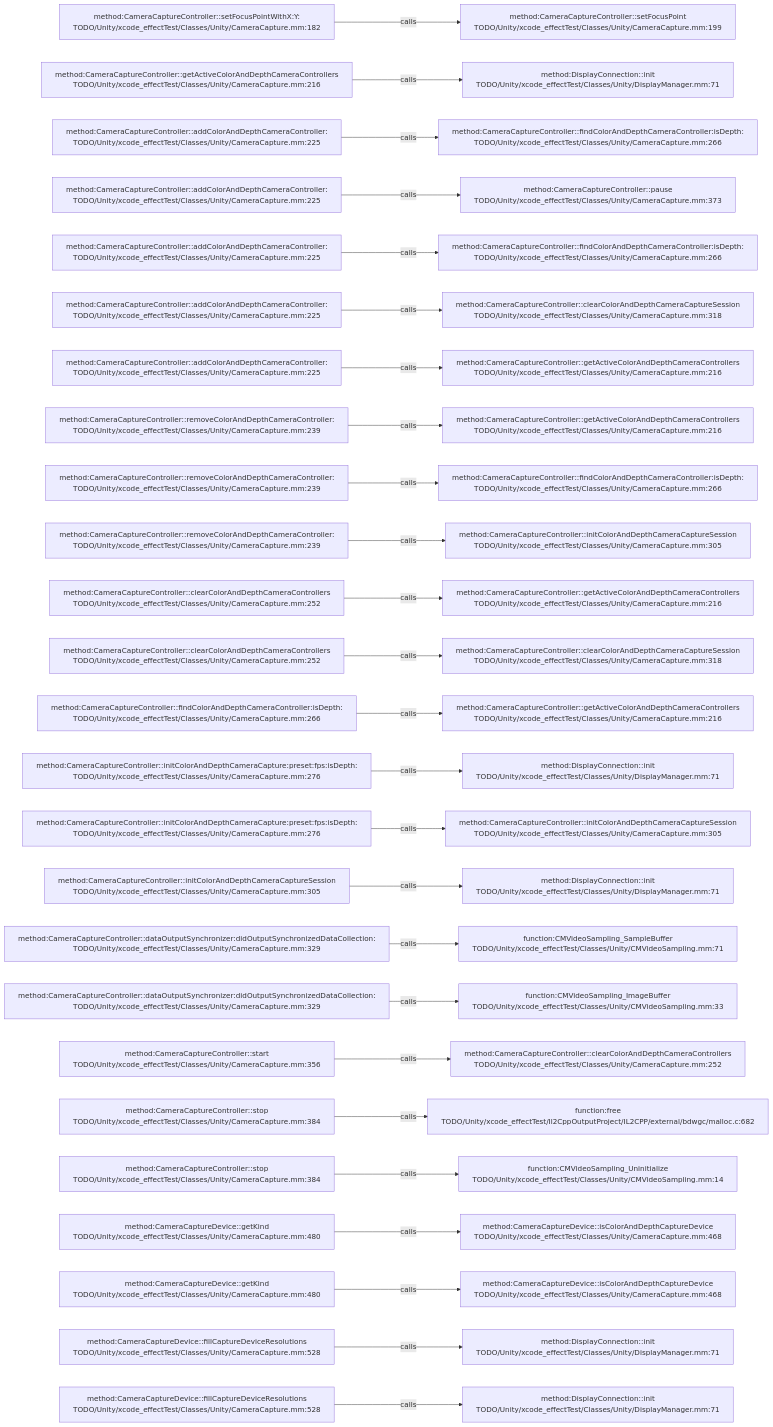
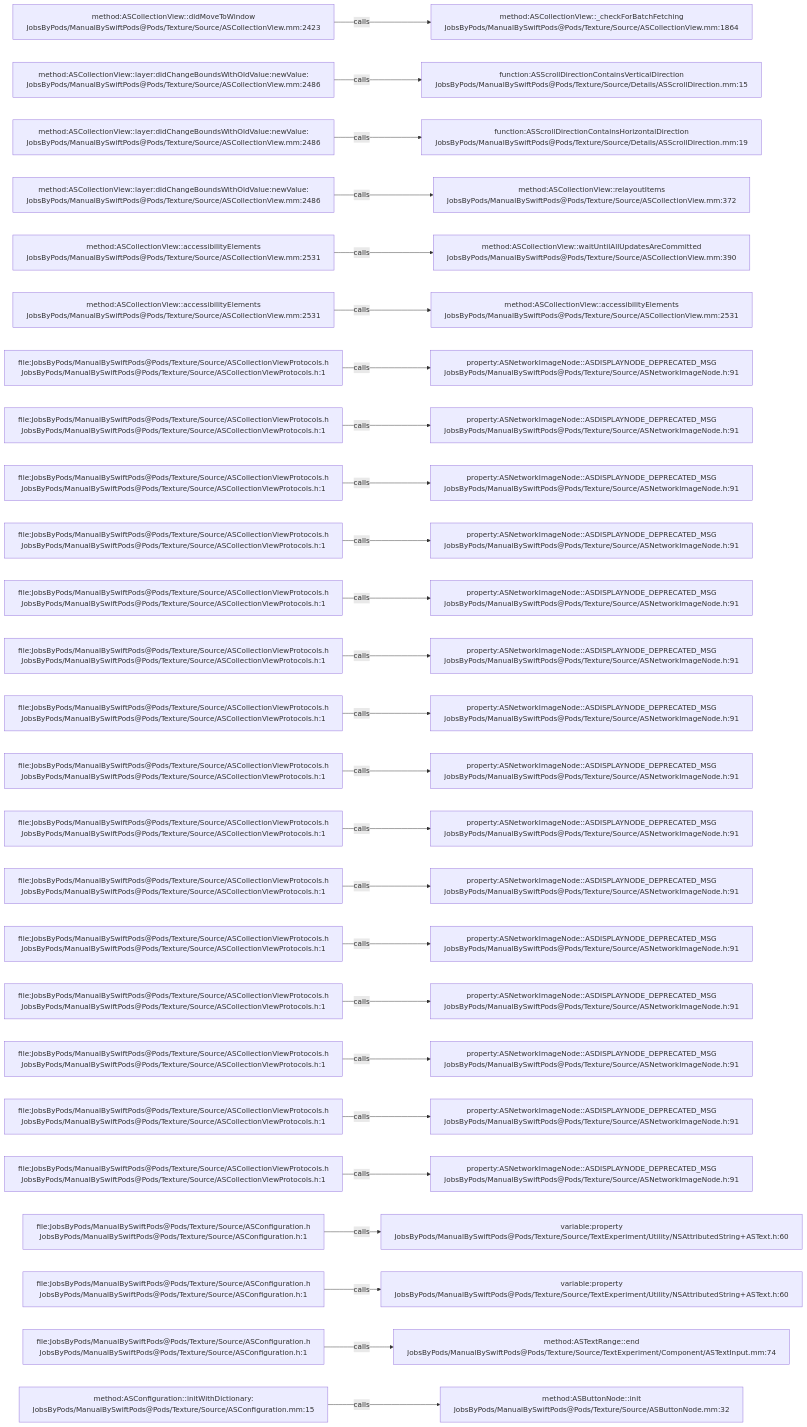
One commit to JobsKits/JobsSwiftBaseConfigDemo changed the diagram in .codegraph/codegraph.md/graphs/calls-034.md. Above: the diagram before and after it, drawn with Mermaid. The commit also changed 2959 other files, not shown here.

````diff
--- a/.codegraph/codegraph.md/graphs/calls-034.md
+++ b/.codegraph/codegraph.md/graphs/calls-034.md
@@ -13,78 +13,78 @@
 ```mermaid
 flowchart LR
-  S1["method:CameraCaptureController::setFocusPointWithX:Y:<br/>TODO/Unity/xcode_effectTest/Classes/Unity/CameraCapture.mm:182"]
-  T1["method:CameraCaptureController::setFocusPoint<br/>TODO/Unity/xcode_effectTest/Classes/Unity/CameraCapture.mm:199"]
+  S1["method:ASCollectionView::didMoveToWindow<br/>JobsByPods/ManualBySwiftPods@Pods/Texture/Source/ASCollectionView.mm:2423"]
+  T1["method:ASCollectionView::_checkForBatchFetching<br/>JobsByPods/ManualBySwiftPods@Pods/Texture/Source/ASCollectionView.mm:1864"]
   S1 -->|calls| T1
-  S2["method:CameraCaptureController::getActiveColorAndDepthCameraControllers<br/>TODO/Unity/xcode_effectTest/Classes/Unity/CameraCapture.mm:216"]
-  T2["method:DisplayConnection::init<br/>TODO/Unity/xcode_effectTest/Classes/Unity/DisplayManager.mm:71"]
+  S2["method:ASCollectionView::layer:didChangeBoundsWithOldValue:newValue:<br/>JobsByPods/ManualBySwiftPods@Pods/Texture/Source/ASCollectionView.mm:2486"]
+  T2["function:ASScrollDirectionContainsVerticalDirection<br/>JobsByPods/ManualBySwiftPods@Pods/Texture/Source/Details/ASScrollDirection.mm:15"]
   S2 -->|calls| T2
-  S3["method:CameraCaptureController::addColorAndDepthCameraController:<br/>TODO/Unity/xcode_effectTest/Classes/Unity/CameraCapture.mm:225"]
-  T3["method:CameraCaptureController::findColorAndDepthCameraController:isDepth:<br/>TODO/Unity/xcode_effectTest/Classes/Unity/CameraCapture.mm:266"]
+  S3["method:ASCollectionView::layer:didChangeBoundsWithOldValue:newValue:<br/>JobsByPods/ManualBySwiftPods@Pods/Texture/Source/ASCollectionView.mm:2486"]
+  T3["function:ASScrollDirectionContainsHorizontalDirection<br/>JobsByPods/ManualBySwiftPods@Pods/Texture/Source/Details/ASScrollDirection.mm:19"]
   S3 -->|calls| T3
-  S4["method:CameraCaptureController::addColorAndDepthCameraController:<br/>TODO/Unity/xcode_effectTest/Classes/Unity/CameraCapture.mm:225"]
-  T4["method:CameraCaptureController::pause<br/>TODO/Unity/xcode_effectTest/Classes/Unity/CameraCapture.mm:373"]
+  S4["method:ASCollectionView::layer:didChangeBoundsWithOldValue:newValue:<br/>JobsByPods/ManualBySwiftPods@Pods/Texture/Source/ASCollectionView.mm:2486"]
+  T4["method:ASCollectionView::relayoutItems<br/>JobsByPods/ManualBySwiftPods@Pods/Texture/Source/ASCollectionView.mm:372"]
   S4 -->|calls| T4
-  S5["method:CameraCaptureController::addColorAndDepthCameraController:<br/>TODO/Unity/xcode_effectTest/Classes/Unity/CameraCapture.mm:225"]
-  T5["method:CameraCaptureController::findColorAndDepthCameraController:isDepth:<br/>TODO/Unity/xcode_effectTest/Classes/Unity/CameraCapture.mm:266"]
+  S5["method:ASCollectionView::accessibilityElements<br/>JobsByPods/ManualBySwiftPods@Pods/Texture/Source/ASCollectionView.mm:2531"]
+  T5["method:ASCollectionView::waitUntilAllUpdatesAreCommitted<br/>JobsByPods/ManualBySwiftPods@Pods/Texture/Source/ASCollectionView.mm:390"]
   S5 -->|calls| T5
-  S6["method:CameraCaptureController::addColorAndDepthCameraController:<br/>TODO/Unity/xcode_effectTest/Classes/Unity/CameraCapture.mm:225"]
-  T6["method:CameraCaptureController::clearColorAndDepthCameraCaptureSession<br/>TODO/Unity/xcode_effectTest/Classes/Unity/CameraCapture.mm:318"]
+  S6["method:ASCollectionView::accessibilityElements<br/>JobsByPods/ManualBySwiftPods@Pods/Texture/Source/ASCollectionView.mm:2531"]
+  T6["method:ASCollectionView::accessibilityElements<br/>JobsByPods/ManualBySwiftPods@Pods/Texture/Source/ASCollectionView.mm:2531"]
   S6 -->|calls| T6
-  S7["method:CameraCaptureController::addColorAndDepthCameraController:<br/>TODO/Unity/xcode_effectTest/Classes/Unity/CameraCapture.mm:225"]
-  T7["method:CameraCaptureController::getActiveColorAndDepthCameraControllers<br/>TODO/Unity/xcode_effectTest/Classes/Unity/CameraCapture.mm:216"]
+  S7["file:JobsByPods/ManualBySwiftPods@Pods/Texture/Source/ASCollectionViewProtocols.h<br/>JobsByPods/ManualBySwiftPods@Pods/Texture/Source/ASCollectionViewProtocols.h:1"]
+  T7["property:ASNetworkImageNode::ASDISPLAYNODE_DEPRECATED_MSG<br/>JobsByPods/ManualBySwiftPods@Pods/Texture/Source/ASNetworkImageNode.h:91"]
   S7 -->|calls| T7
-  S8["method:CameraCaptureController::removeColorAndDepthCameraController:<br/>TODO/Unity/xcode_effectTest/Classes/Unity/CameraCapture.mm:239"]
-  T8["method:CameraCaptureController::getActiveColorAndDepthCameraControllers<br/>TODO/Unity/xcode_effectTest/Classes/Unity/CameraCapture.mm:216"]
+  S8["file:JobsByPods/ManualBySwiftPods@Pods/Texture/Source/ASCollectionViewProtocols.h<br/>JobsByPods/ManualBySwiftPods@Pods/Texture/Source/ASCollectionViewProtocols.h:1"]
+  T8["property:ASNetworkImageNode::ASDISPLAYNODE_DEPRECATED_MSG<br/>JobsByPods/ManualBySwiftPods@Pods/Texture/Source/ASNetworkImageNode.h:91"]
   S8 -->|calls| T8
-  S9["method:CameraCaptureController::removeColorAndDepthCameraController:<br/>TODO/Unity/xcode_effectTest/Classes/Unity/CameraCapture.mm:239"]
-  T9["method:CameraCaptureController::findColorAndDepthCameraController:isDepth:<br/>TODO/Unity/xcode_effectTest/Classes/Unity/CameraCapture.mm:266"]
+  S9["file:JobsByPods/ManualBySwiftPods@Pods/Texture/Source/ASCollectionViewProtocols.h<br/>JobsByPods/ManualBySwiftPods@Pods/Texture/Source/ASCollectionViewProtocols.h:1"]
+  T9["property:ASNetworkImageNode::ASDISPLAYNODE_DEPRECATED_MSG<br/>JobsByPods/ManualBySwiftPods@Pods/Texture/Source/ASNetworkImageNode.h:91"]
   S9 -->|calls| T9
-  S10["method:CameraCaptureController::removeColorAndDepthCameraController:<br/>TODO/Unity/xcode_effectTest/Classes/Unity/CameraCapture.mm:239"]
-  T10["method:CameraCaptureController::initColorAndDepthCameraCaptureSession<br/>TODO/Unity/xcode_effectTest/Classes/Unity/CameraCapture.mm:305"]
+  S10["file:JobsByPods/ManualBySwiftPods@Pods/Texture/Source/ASCollectionViewProtocols.h<br/>JobsByPods/ManualBySwiftPods@Pods/Texture/Source/ASCollectionViewProtocols.h:1"]
+  T10["property:ASNetworkImageNode::ASDISPLAYNODE_DEPRECATED_MSG<br/>JobsByPods/ManualBySwiftPods@Pods/Texture/Source/ASNetworkImageNode.h:91"]
   S10 -->|calls| T10
-  S11["method:CameraCaptureController::clearColorAndDepthCameraControllers<br/>TODO/Unity/xcode_effectTest/Classes/Unity/CameraCapture.mm:252"]
-  T11["method:CameraCaptureController::getActiveColorAndDepthCameraControllers<br/>TODO/Unity/xcode_effectTest/Classes/Unity/CameraCapture.mm:216"]
+  S11["file:JobsByPods/ManualBySwiftPods@Pods/Texture/Source/ASCollectionViewProtocols.h<br/>JobsByPods/ManualBySwiftPods@Pods/Texture/Source/ASCollectionViewProtocols.h:1"]
+  T11["property:ASNetworkImageNode::ASDISPLAYNODE_DEPRECATED_MSG<br/>JobsByPods/ManualBySwiftPods@Pods/Texture/Source/ASNetworkImageNode.h:91"]
   S11 -->|calls| T11
-  S12["method:CameraCaptureController::clearColorAndDepthCameraControllers<br/>TODO/Unity/xcode_effectTest/Classes/Unity/CameraCapture.mm:252"]
-  T12["method:CameraCaptureController::clearColorAndDepthCameraCaptureSession<br/>TODO/Unity/xcode_effectTest/Classes/Unity/CameraCapture.mm:318"]
+  S12["file:JobsByPods/ManualBySwiftPods@Pods/Texture/Source/ASCollectionViewProtocols.h<br/>JobsByPods/ManualBySwiftPods@Pods/Texture/Source/ASCollectionViewProtocols.h:1"]
+  T12["property:ASNetworkImageNode::ASDISPLAYNODE_DEPRECATED_MSG<br/>JobsByPods/ManualBySwiftPods@Pods/Texture/Source/ASNetworkImageNode.h:91"]
   S12 -->|calls| T12
-  S13["method:CameraCaptureController::findColorAndDepthCameraController:isDepth:<br/>TODO/Unity/xcode_effectTest/Classes/Unity/CameraCapture.mm:266"]
-  T13["method:CameraCaptureController::getActiveColorAndDepthCameraControllers<br/>TODO/Unity/xcode_effectTest/Classes/Unity/CameraCapture.mm:216"]
+  S13["file:JobsByPods/ManualBySwiftPods@Pods/Texture/Source/ASCollectionViewProtocols.h<br/>JobsByPods/ManualBySwiftPods@Pods/Texture/Source/ASCollectionViewProtocols.h:1"]
+  T13["property:ASNetworkImageNode::ASDISPLAYNODE_DEPRECATED_MSG<br/>JobsByPods/ManualBySwiftPods@Pods/Texture/Source/ASNetworkImageNode.h:91"]
   S13 -->|calls| T13
-  S14["method:CameraCaptureController::initColorAndDepthCameraCapture:preset:fps:isDepth:<br/>TODO/Unity/xcode_effectTest/Classes/Unity/CameraCapture.mm:276"]
-  T14["method:DisplayConnection::init<br/>TODO/Unity/xcode_effectTest/Classes/Unity/DisplayManager.mm:71"]
+  S14["file:JobsByPods/ManualBySwiftPods@Pods/Texture/Source/ASCollectionViewProtocols.h<br/>JobsByPods/ManualBySwiftPods@Pods/Texture/Source/ASCollectionViewProtocols.h:1"]
+  T14["property:ASNetworkImageNode::ASDISPLAYNODE_DEPRECATED_MSG<br/>JobsByPods/ManualBySwiftPods@Pods/Texture/Source/ASNetworkImageNode.h:91"]
   S14 -->|calls| T14
-  S15["method:CameraCaptureController::initColorAndDepthCameraCapture:preset:fps:isDepth:<br/>TODO/Unity/xcode_effectTest/Classes/Unity/CameraCapture.mm:276"]
-  T15["method:CameraCaptureController::initColorAndDepthCameraCaptureSession<br/>TODO/Unity/xcode_effectTest/Classes/Unity/CameraCapture.mm:305"]
+  S15["file:JobsByPods/ManualBySwiftPods@Pods/Texture/Source/ASCollectionViewProtocols.h<br/>JobsByPods/ManualBySwiftPods@Pods/Texture/Source/ASCollectionViewProtocols.h:1"]
+  T15["property:ASNetworkImageNode::ASDISPLAYNODE_DEPRECATED_MSG<br/>JobsByPods/ManualBySwiftPods@Pods/Texture/Source/ASNetworkImageNode.h:91"]
   S15 -->|calls| T15
-  S16["method:CameraCaptureController::initColorAndDepthCameraCaptureSession<br/>TODO/Unity/xcode_effectTest/Classes/Unity/CameraCapture.mm:305"]
-  T16["method:DisplayConnection::init<br/>TODO/Unity/xcode_effectTest/Classes/Unity/DisplayManager.mm:71"]
+  S16["file:JobsByPods/ManualBySwiftPods@Pods/Texture/Source/ASCollectionViewProtocols.h<br/>JobsByPods/ManualBySwiftPods@Pods/Texture/Source/ASCollectionViewProtocols.h:1"]
+  T16["property:ASNetworkImageNode::ASDISPLAYNODE_DEPRECATED_MSG<br/>JobsByPods/ManualBySwiftPods@Pods/Texture/Source/ASNetworkImageNode.h:91"]
   S16 -->|calls| T16
-  S17["method:CameraCaptureController::dataOutputSynchronizer:didOutputSynchronizedDataCollection:<br/>TODO/Unity/xcode_effectTest/Classes/Unity/CameraCapture.mm:329"]
-  T17["function:CMVideoSampling_SampleBuffer<br/>TODO/Unity/xcode_effectTest/Classes/Unity/CMVideoSampling.mm:71"]
+  S17["file:JobsByPods/ManualBySwiftPods@Pods/Texture/Source/ASCollectionViewProtocols.h<br/>JobsByPods/ManualBySwiftPods@Pods/Texture/Source/ASCollectionViewProtocols.h:1"]
+  T17["property:ASNetworkImageNode::ASDISPLAYNODE_DEPRECATED_MSG<br/>JobsByPods/ManualBySwiftPods@Pods/Texture/Source/ASNetworkImageNode.h:91"]
   S17 -->|calls| T17
-  S18["method:CameraCaptureController::dataOutputSynchronizer:didOutputSynchronizedDataCollection:<br/>TODO/Unity/xcode_effectTest/Classes/Unity/CameraCapture.mm:329"]
-  T18["function:CMVideoSampling_ImageBuffer<br/>TODO/Unity/xcode_effectTest/Classes/Unity/CMVideoSampling.mm:33"]
+  S18["file:JobsByPods/ManualBySwiftPods@Pods/Texture/Source/ASCollectionViewProtocols.h<br/>JobsByPods/ManualBySwiftPods@Pods/Texture/Source/ASCollectionViewProtocols.h:1"]
+  T18["property:ASNetworkImageNode::ASDISPLAYNODE_DEPRECATED_MSG<br/>JobsByPods/ManualBySwiftPods@Pods/Texture/Source/ASNetworkImageNode.h:91"]
   S18 -->|calls| T18
-  S19["method:CameraCaptureController::start<br/>TODO/Unity/xcode_effectTest/Classes/Unity/CameraCapture.mm:356"]
-  T19["method:CameraCaptureController::clearColorAndDepthCameraControllers<br/>TODO/Unity/xcode_effectTest/Classes/Unity/CameraCapture.mm:252"]
+  S19["file:JobsByPods/ManualBySwiftPods@Pods/Texture/Source/ASCollectionViewProtocols.h<br/>JobsByPods/ManualBySwiftPods@Pods/Texture/Source/ASCollectionViewProtocols.h:1"]
+  T19["property:ASNetworkImageNode::ASDISPLAYNODE_DEPRECATED_MSG<br/>JobsByPods/ManualBySwiftPods@Pods/Texture/Source/ASNetworkImageNode.h:91"]
   S19 -->|calls| T19
-  S20["method:CameraCaptureController::stop<br/>TODO/Unity/xcode_effectTest/Classes/Unity/CameraCapture.mm:384"]
-  T20["function:free<br/>TODO/Unity/xcode_effectTest/Il2CppOutputProject/IL2CPP/external/bdwgc/malloc.c:682"]
+  S20["file:JobsByPods/ManualBySwiftPods@Pods/Texture/Source/ASCollectionViewProtocols.h<br/>JobsByPods/ManualBySwiftPods@Pods/Texture/Source/ASCollectionViewProtocols.h:1"]
+  T20["property:ASNetworkImageNode::ASDISPLAYNODE_DEPRECATED_MSG<br/>JobsByPods/ManualBySwiftPods@Pods/Texture/Source/ASNetworkImageNode.h:91"]
   S20 -->|calls| T20
-  S21["method:CameraCaptureController::stop<br/>TODO/Unity/xcode_effectTest/Classes/Unity/CameraCapture.mm:384"]
-  T21["function:CMVideoSampling_Uninitialize<br/>TODO/Unity/xcode_effectTest/Classes/Unity/CMVideoSampling.mm:14"]
+  S21["file:JobsByPods/ManualBySwiftPods@Pods/Texture/Source/ASCollectionViewProtocols.h<br/>JobsByPods/ManualBySwiftPods@Pods/Texture/Source/ASCollectionViewProtocols.h:1"]
+  T21["property:ASNetworkImageNode::ASDISPLAYNODE_DEPRECATED_MSG<br/>JobsByPods/ManualBySwiftPods@Pods/Texture/Source/ASNetworkImageNode.h:91"]
   S21 -->|calls| T21
-  S22["method:CameraCaptureDevice::getKind<br/>TODO/Unity/xcode_effectTest/Classes/Unity/CameraCapture.mm:480"]
-  T22["method:CameraCaptureDevice::isColorAndDepthCaptureDevice<br/>TODO/Unity/xcode_effectTest/Classes/Unity/CameraCapture.mm:468"]
+  S22["file:JobsByPods/ManualBySwiftPods@Pods/Texture/Source/ASConfiguration.h<br/>JobsByPods/ManualBySwiftPods@Pods/Texture/Source/ASConfiguration.h:1"]
+  T22["variable:property<br/>JobsByPods/ManualBySwiftPods@Pods/Texture/Source/TextExperiment/Utility/NSAttributedString+ASText.h:60"]
   S22 -->|calls| T22
-  S23["method:CameraCaptureDevice::getKind<br/>TODO/Unity/xcode_effectTest/Classes/Unity/CameraCapture.mm:480"]
-  T23["method:CameraCaptureDevice::isColorAndDepthCaptureDevice<br/>TODO/Unity/xcode_effectTest/Classes/Unity/CameraCapture.mm:468"]
+  S23["file:JobsByPods/ManualBySwiftPods@Pods/Texture/Source/ASConfiguration.h<br/>JobsByPods/ManualBySwiftPods@Pods/Texture/Source/ASConfiguration.h:1"]
+  T23["variable:property<br/>JobsByPods/ManualBySwiftPods@Pods/Texture/Source/TextExperiment/Utility/NSAttributedString+ASText.h:60"]
   S23 -->|calls| T23
-  S24["method:CameraCaptureDevice::fillCaptureDeviceResolutions<br/>TODO/Unity/xcode_effectTest/Classes/Unity/CameraCapture.mm:528"]
-  T24["method:DisplayConnection::init<br/>TODO/Unity/xcode_effectTest/Classes/Unity/DisplayManager.mm:71"]
+  S24["file:JobsByPods/ManualBySwiftPods@Pods/Texture/Source/ASConfiguration.h<br/>JobsByPods/ManualBySwiftPods@Pods/Texture/Source/ASConfiguration.h:1"]
+  T24["method:ASTextRange::end<br/>JobsByPods/ManualBySwiftPods@Pods/Texture/Source/TextExperiment/Component/ASTextInput.mm:74"]
   S24 -->|calls| T24
-  S25["method:CameraCaptureDevice::fillCaptureDeviceResolutions<br/>TODO/Unity/xcode_effectTest/Classes/Unity/CameraCapture.mm:528"]
-  T25["method:DisplayConnection::init<br/>TODO/Unity/xcode_effectTest/Classes/Unity/DisplayManager.mm:71"]
+  S25["method:ASConfiguration::initWithDictionary:<br/>JobsByPods/ManualBySwiftPods@Pods/Texture/Source/ASConfiguration.mm:15"]
+  T25["method:ASButtonNode::init<br/>JobsByPods/ManualBySwiftPods@Pods/Texture/Source/ASButtonNode.mm:32"]
   S25 -->|calls| T25
 ```
````
